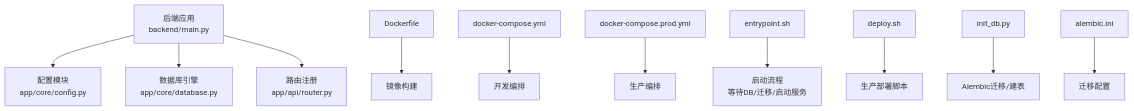
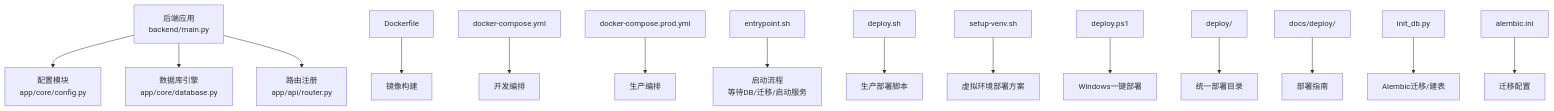
One commit to dream-ze/AI_huoke- changed the first of 8 diagrams in .qoder/repowiki/zh/content/部署与运维/部署与运维.md. Above: the diagram before and after it, drawn with Mermaid. The commit also changed other lines of this file and 52 other files, not shown here.

````diff
--- a/.qoder/repowiki/zh/content/部署与运维/部署与运维.md
+++ b/.qoder/repowiki/zh/content/部署与运维/部署与运维.md
@@ -48,13 +67,17 @@
 ```mermaid
 graph TB
 A["后端应用<br/>backend/main.py"] --> B["配置模块<br/>app/core/config.py"]
 A --> C["数据库引擎<br/>app/core/database.py"]
 A --> D["路由注册<br/>app/api/router.py"]
 E["Dockerfile"] --> F["镜像构建"]
 G["docker-compose.yml"] --> H["开发编排"]
 I["docker-compose.prod.yml"] --> J["生产编排"]
 K["entrypoint.sh"] --> L["启动流程<br/>等待DB/迁移/启动服务"]
 M["deploy.sh"] --> N["生产部署脚本"]
-O["init_db.py"] --> P["Alembic迁移/建表"]
-Q["alembic.ini"] --> R["迁移配置"]
+O["setup-venv.sh"] --> P["虚拟环境部署方案"]
+Q["deploy.ps1"] --> R["Windows一键部署"]
+S["deploy/"] --> T["统一部署目录"]
+U["docs/deploy/"] --> V["部署指南"]
+W["init_db.py"] --> X["Alembic迁移/建表"]
+Y["alembic.ini"] --> Z["迁移配置"]
 ```
````
